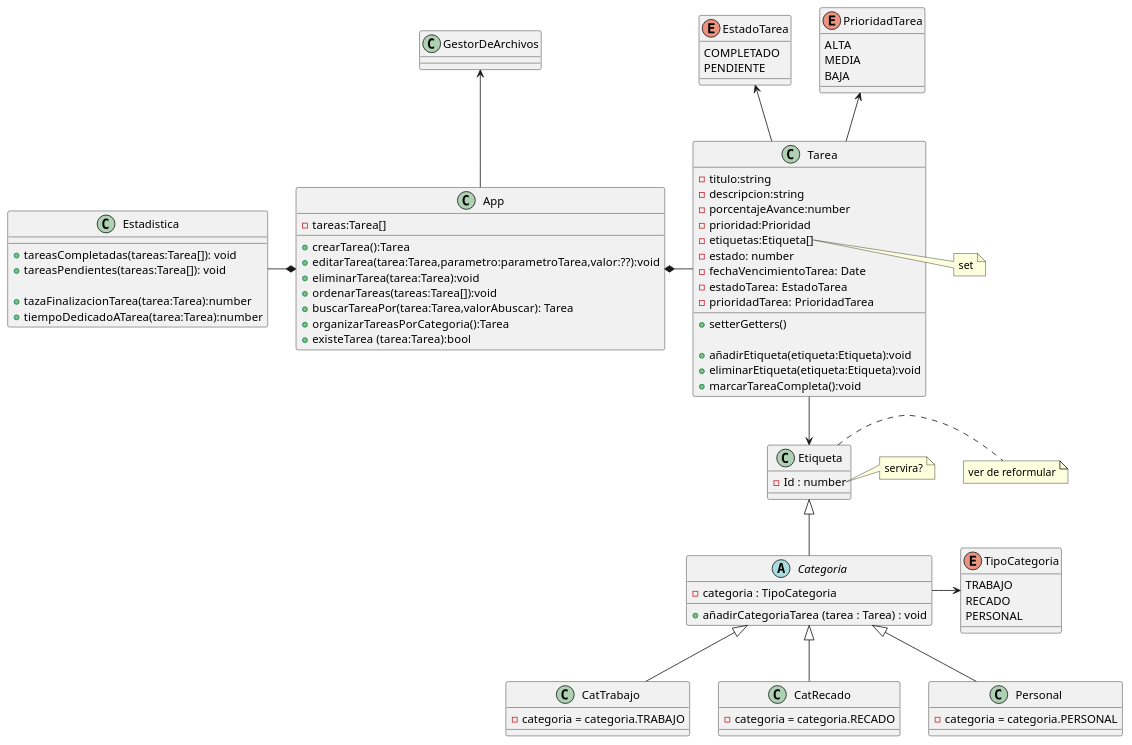
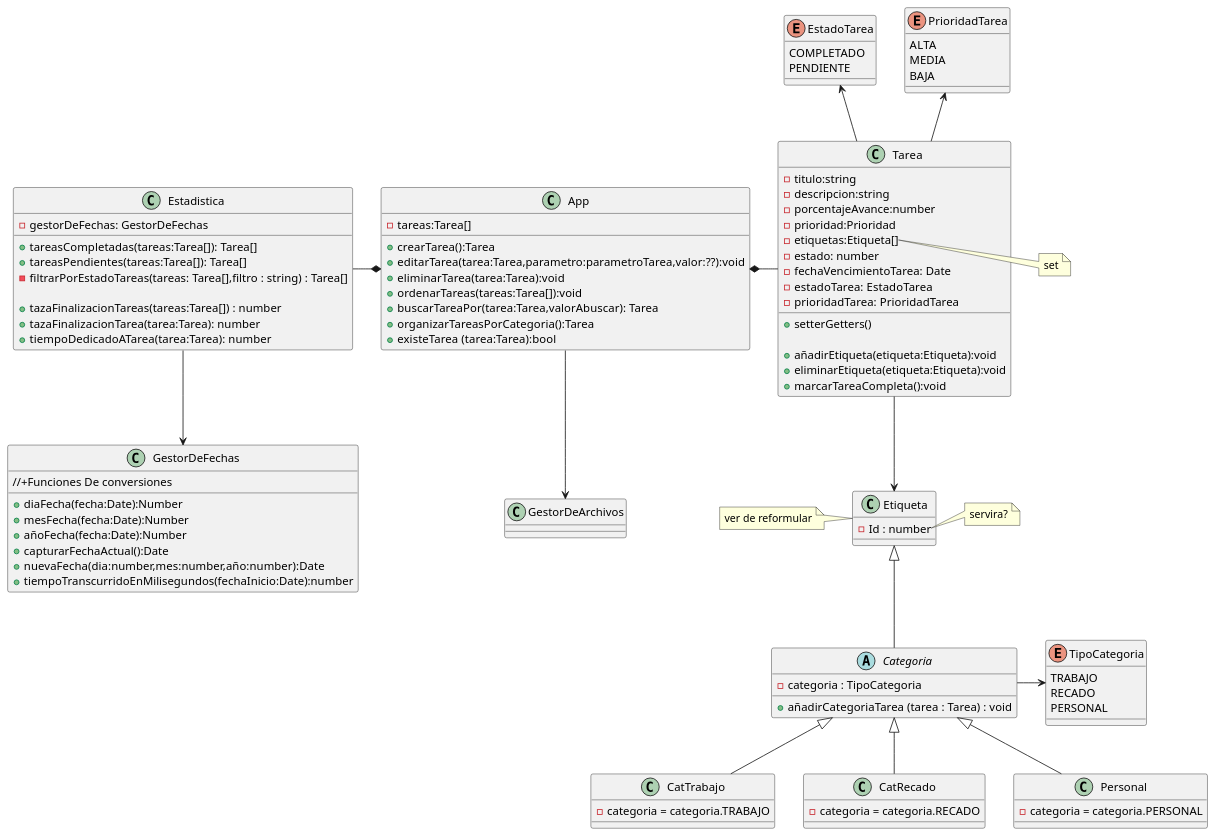
Before and after one commit to LauEroles/Task-list: the diagram in src/-- Diagramas/DiagramaDeClases.puml, drawn with PlantUML. The commit also changed 3 other files, not shown here.

First line of the commit message:
Actualizacion Diagrama de clase

```diff
--- a/src/-- Diagramas/DiagramaDeClases.puml
+++ b/src/-- Diagramas/DiagramaDeClases.puml
@@ -3,117 +3,138 @@
 @startuml TaskList
 
 
 class App{
 
     -tareas:Tarea[]
 
     +crearTarea():Tarea
     +editarTarea(tarea:Tarea,parametro:parametroTarea,valor:??):void
     +eliminarTarea(tarea:Tarea):void
     +ordenarTareas(tareas:Tarea[]):void
     +buscarTareaPor(tarea:Tarea,valorAbuscar): Tarea
 
 
     +organizarTareasPorCategoria():Tarea
     
     +existeTarea (tarea:Tarea):bool
 }
 
 class GestorDeArchivos{
 
 }
 
 class Estadistica{
 
-    +tareasCompletadas(tareas:Tarea[]): void
-    +tareasPendientes(tareas:Tarea[]): void
+    -gestorDeFechas: GestorDeFechas
 
-    +tazaFinalizacionTarea(tarea:Tarea):number
-    +tiempoDedicadoATarea(tarea:Tarea):number
+    +tareasCompletadas(tareas:Tarea[]): Tarea[]
+    +tareasPendientes(tareas:Tarea[]): Tarea[]
+    -filtrarPorEstadoTareas(tareas: Tarea[],filtro : string) : Tarea[]
+
+    +tazaFinalizacionTareas(tareas:Tarea[]) : number
+    +tazaFinalizacionTarea(tarea:Tarea): number
+    +tiempoDedicadoATarea(tarea:Tarea): number
 
 }
+
+class GestorDeFechas {
+    +diaFecha(fecha:Date):Number
+    +mesFecha(fecha:Date):Number
+    +añoFecha(fecha:Date):Number
+    +capturarFechaActual():Date
+    +nuevaFecha(dia:number,mes:number,año:number):Date
+    +tiempoTranscurridoEnMilisegundos(fechaInicio:Date):number
+    
+    //+Funciones De conversiones
+
+    }
 
 enum EstadoTarea{
     COMPLETADO
     PENDIENTE
 }
 
 enum PrioridadTarea{
     ALTA
     MEDIA
     BAJA
 }
 
 enum TipoCategoria{
     TRABAJO 
     RECADO
     PERSONAL
 }
 
 class Tarea {
     
     -titulo:string
     -descripcion:string
     -porcentajeAvance:number
     -prioridad:Prioridad
     -etiquetas:Etiqueta[] 
     -estado: number
     -fechaVencimientoTarea: Date
     -estadoTarea: EstadoTarea
     -prioridadTarea: PrioridadTarea
 
     +setterGetters()
     
     +añadirEtiqueta(etiqueta:Etiqueta):void
     +eliminarEtiqueta(etiqueta:Etiqueta):void
     +marcarTareaCompleta():void
 }
 
 
 class Etiqueta { 
     -Id : number
 
 }
 
 abstract class Categoria extends Etiqueta {
     -categoria : TipoCategoria
     +añadirCategoriaTarea (tarea : Tarea) : void
 }
 
 Class CatTrabajo extends Categoria{
     -categoria = categoria.TRABAJO
 }
 
 Class CatRecado extends Categoria{
     -categoria = categoria.RECADO
 }
 
 Class Personal extends Categoria{
     -categoria = categoria.PERSONAL
 }
 
 
 'Relaciones
+
 App *-right- Tarea
+App *-left- Estadistica
+App -down-> GestorDeArchivos
+
 Tarea -up-> PrioridadTarea
 Tarea -up-> EstadoTarea
-App *-left- Estadistica
-Categoria -right-> TipoCategoria
-App -up-> GestorDeArchivos
 Tarea -down->Etiqueta
 
-note right of Etiqueta
+Categoria -right-> TipoCategoria
+
+Estadistica -down-> GestorDeFechas 
+
+note left of Etiqueta
     ver de reformular
 end note
 
 note right of Etiqueta::Id
     servira?
 end note
 
 note right of Tarea::etiquetas
     set
 end note
 
 
 
 @enduml
```
